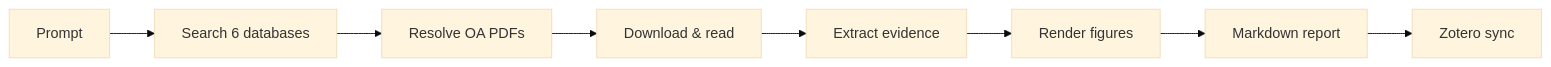
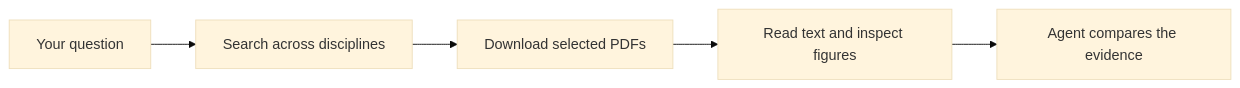
Before and after one commit to aytzey/deep-research: the diagram in README.md, drawn with Mermaid (base theme). The commit also changed other lines of this file and 21 other files, not shown here.

````diff
--- a/README.md
+++ b/README.md
@@ -48,10 +78,7 @@
 ```mermaid
-graph LR
-    A[Prompt] --> B[Search 6 databases]
-    B --> C[Resolve OA PDFs]
-    C --> D[Download & read]
-    D --> E[Extract evidence]
-    E --> F[Render figures]
-    F --> G[Markdown report]
-    G --> H[Zotero sync]
+flowchart LR
+    Q[Your question] --> S[Search across disciplines]
+    S --> P[Download selected PDFs]
+    P --> R[Read text and inspect figures]
+    R --> A[Agent compares the evidence]
 ```
````
